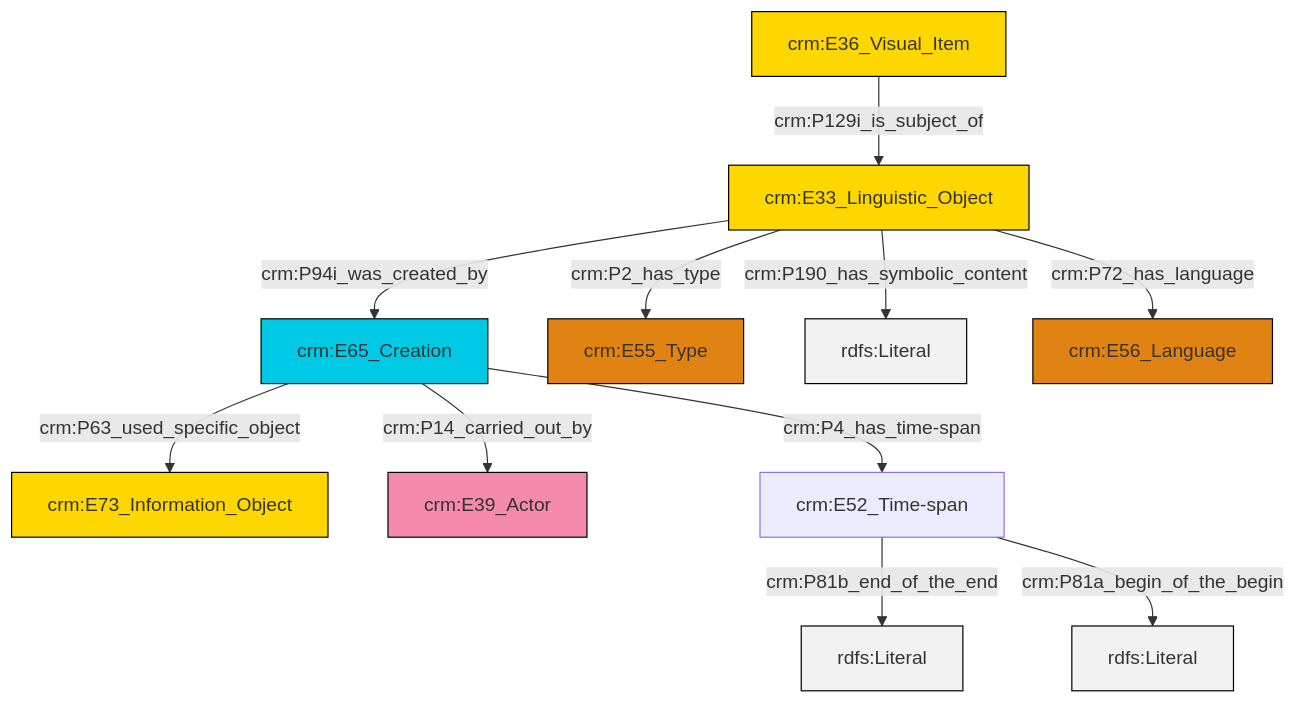
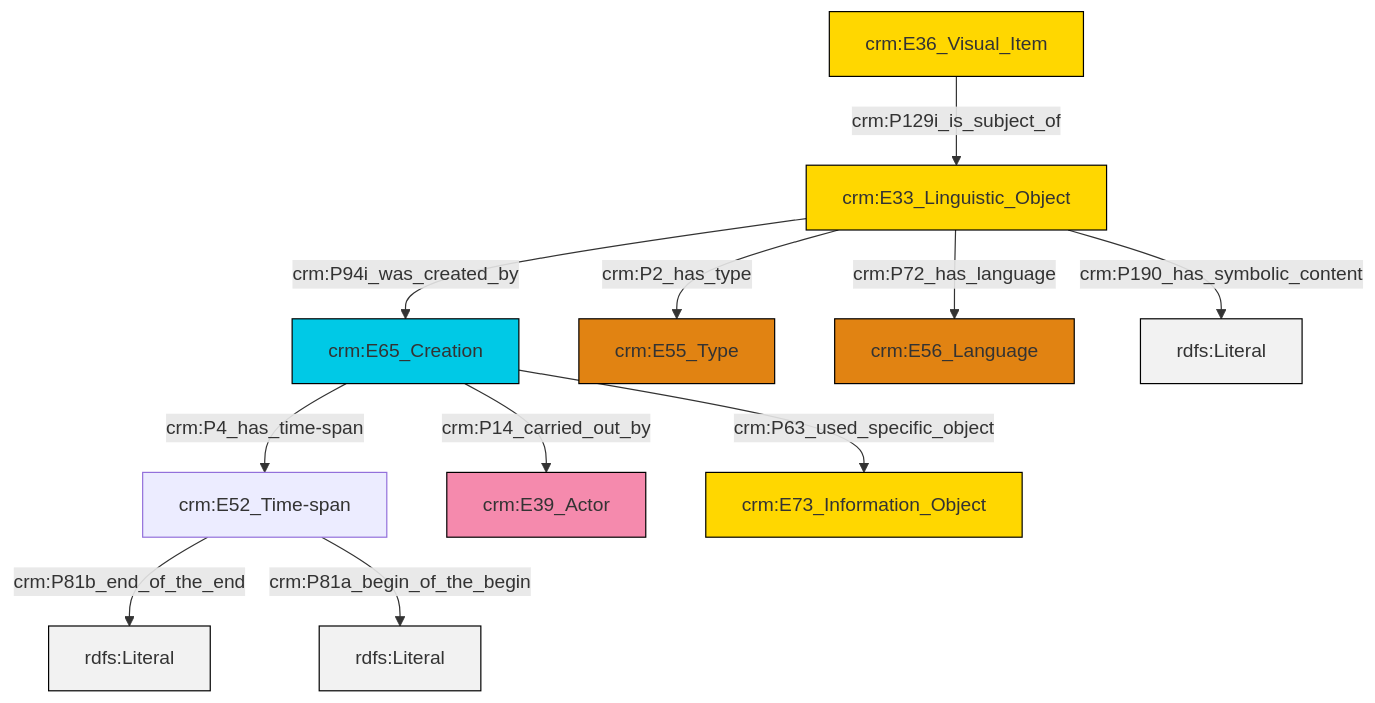
The diagram in et/imgCSV/ttl/mmd/img_desc.ttl.mmd (swiss-art-research-net/docs.swissartresearch), drawn with Mermaid before and after one commit. The commit also changed 210 other files, not shown here.

```diff
--- a/et/imgCSV/ttl/mmd/img_desc.ttl.mmd
+++ b/et/imgCSV/ttl/mmd/img_desc.ttl.mmd
@@ -1,25 +1,25 @@
 graph TD
 classDef Literal fill:#f2f2f2,stroke:#000000;
 classDef CRM_Entity fill:#FFFFFF,stroke:#000000;
 classDef Temporal_Entity fill:#00C9E6, stroke:#000000;
 classDef Type fill:#E18312, stroke:#000000;
 classDef Time-Span fill:#2C9C91, stroke:#000000;
 classDef Appellation fill:#FFEB7F, stroke:#000000;
 classDef Place fill:#008836, stroke:#000000;
 classDef Persistent_Item fill:#B266B2, stroke:#000000;
 classDef Conceptual_Object fill:#FFD700, stroke:#000000;
 classDef Physical_Thing fill:#D2B48C, stroke:#000000;
 classDef Actor fill:#f58aad, stroke:#000000;
 classDef PC_Classes fill:#4ce600, stroke:#000000;
 classDef Multi fill:#cccccc,stroke:#000000;
 
-0["crm:E33_Linguistic_Object"]:::Conceptual_Object -->|crm:P94i_was_created_by| 1["crm:E65_Creation"]:::Temporal_Entity
-0["crm:E33_Linguistic_Object"]:::Conceptual_Object -->|crm:P2_has_type| 2["crm:E55_Type"]:::Type
-0["crm:E33_Linguistic_Object"]:::Conceptual_Object -->|crm:P190_has_symbolic_content| 3[rdfs:Literal]:::Literal
-1["crm:E65_Creation"]:::Temporal_Entity -->|crm:P14_carried_out_by| 8["crm:E39_Actor"]:::Actor
-0["crm:E33_Linguistic_Object"]:::Conceptual_Object -->|crm:P72_has_language| 4["crm:E56_Language"]:::Type
-9["crm:E52_Time-span"]:::Default -->|crm:P81b_end_of_the_end| 13[rdfs:Literal]:::Literal
-1["crm:E65_Creation"]:::Temporal_Entity -->|crm:P63_used_specific_object| 6["crm:E73_Information_Object"]:::Conceptual_Object
-1["crm:E65_Creation"]:::Temporal_Entity -->|crm:P4_has_time-span| 9["crm:E52_Time-span"]:::Default
-9["crm:E52_Time-span"]:::Default -->|crm:P81a_begin_of_the_begin| 16[rdfs:Literal]:::Literal
-17["crm:E36_Visual_Item"]:::Conceptual_Object -->|crm:P129i_is_subject_of| 0["crm:E33_Linguistic_Object"]:::Conceptual_Object
+2["crm:E65_Creation"]:::Temporal_Entity -->|crm:P4_has_time-span| 3["crm:E52_Time-span"]:::Default
+4["crm:E33_Linguistic_Object"]:::Conceptual_Object -->|crm:P94i_was_created_by| 2["crm:E65_Creation"]:::Temporal_Entity
+4["crm:E33_Linguistic_Object"]:::Conceptual_Object -->|crm:P2_has_type| 5["crm:E55_Type"]:::Type
+4["crm:E33_Linguistic_Object"]:::Conceptual_Object -->|crm:P72_has_language| 6["crm:E56_Language"]:::Type
+3["crm:E52_Time-span"]:::Default -->|crm:P81b_end_of_the_end| 7[rdfs:Literal]:::Literal
+4["crm:E33_Linguistic_Object"]:::Conceptual_Object -->|crm:P190_has_symbolic_content| 8[rdfs:Literal]:::Literal
+0["crm:E36_Visual_Item"]:::Conceptual_Object -->|crm:P129i_is_subject_of| 4["crm:E33_Linguistic_Object"]:::Conceptual_Object
+2["crm:E65_Creation"]:::Temporal_Entity -->|crm:P14_carried_out_by| 10["crm:E39_Actor"]:::Actor
+2["crm:E65_Creation"]:::Temporal_Entity -->|crm:P63_used_specific_object| 11["crm:E73_Information_Object"]:::Conceptual_Object
+3["crm:E52_Time-span"]:::Default -->|crm:P81a_begin_of_the_begin| 17[rdfs:Literal]:::Literal
```
